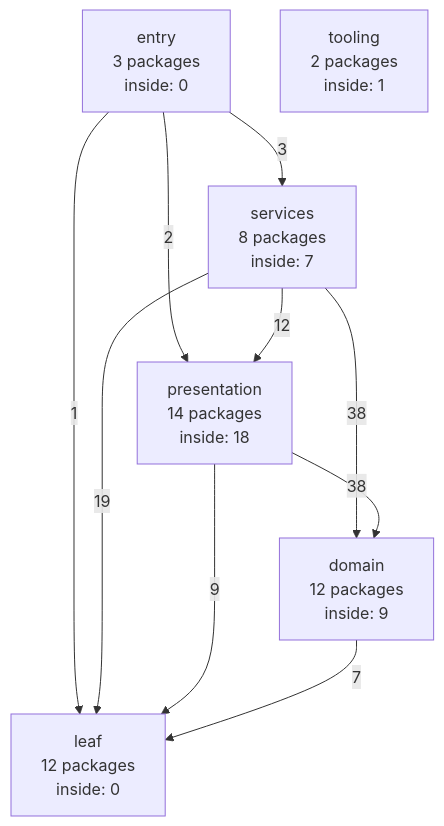
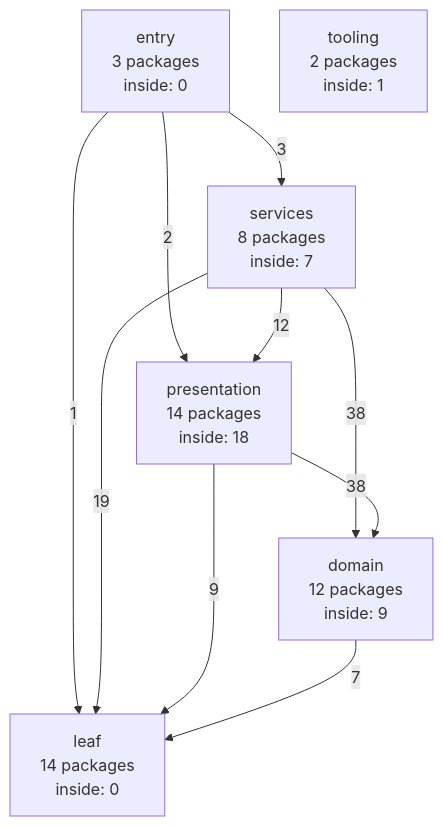
The diagram in docs/internals/generated/package-graph.md (ladydascalie/dm), drawn with Mermaid before and after one commit. The commit also changed other lines of this file and 15 other files, not shown here.

````diff
--- a/docs/internals/generated/package-graph.md
+++ b/docs/internals/generated/package-graph.md
@@ -58,18 +58,18 @@
 ```mermaid
 flowchart TD
   entry["entry<br/>3 packages<br/>inside: 0"]
   services["services<br/>8 packages<br/>inside: 7"]
   presentation["presentation<br/>14 packages<br/>inside: 18"]
   domain["domain<br/>12 packages<br/>inside: 9"]
-  leaf["leaf<br/>12 packages<br/>inside: 0"]
+  leaf["leaf<br/>14 packages<br/>inside: 0"]
   tooling["tooling<br/>2 packages<br/>inside: 1"]
   entry -->|3| services
   entry -->|2| presentation
   entry -->|1| leaf
   services -->|12| presentation
   services -->|38| domain
   services -->|19| leaf
   presentation -->|38| domain
   presentation -->|9| leaf
   domain -->|7| leaf
 ```
````
